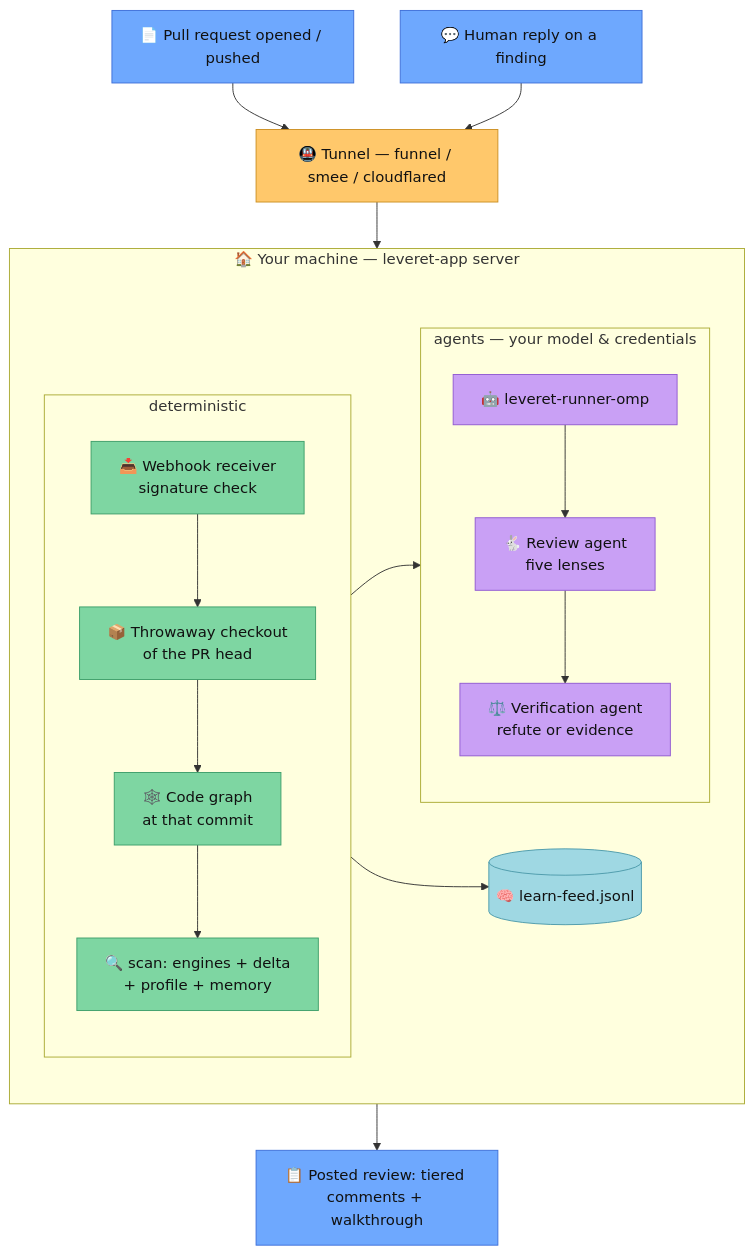
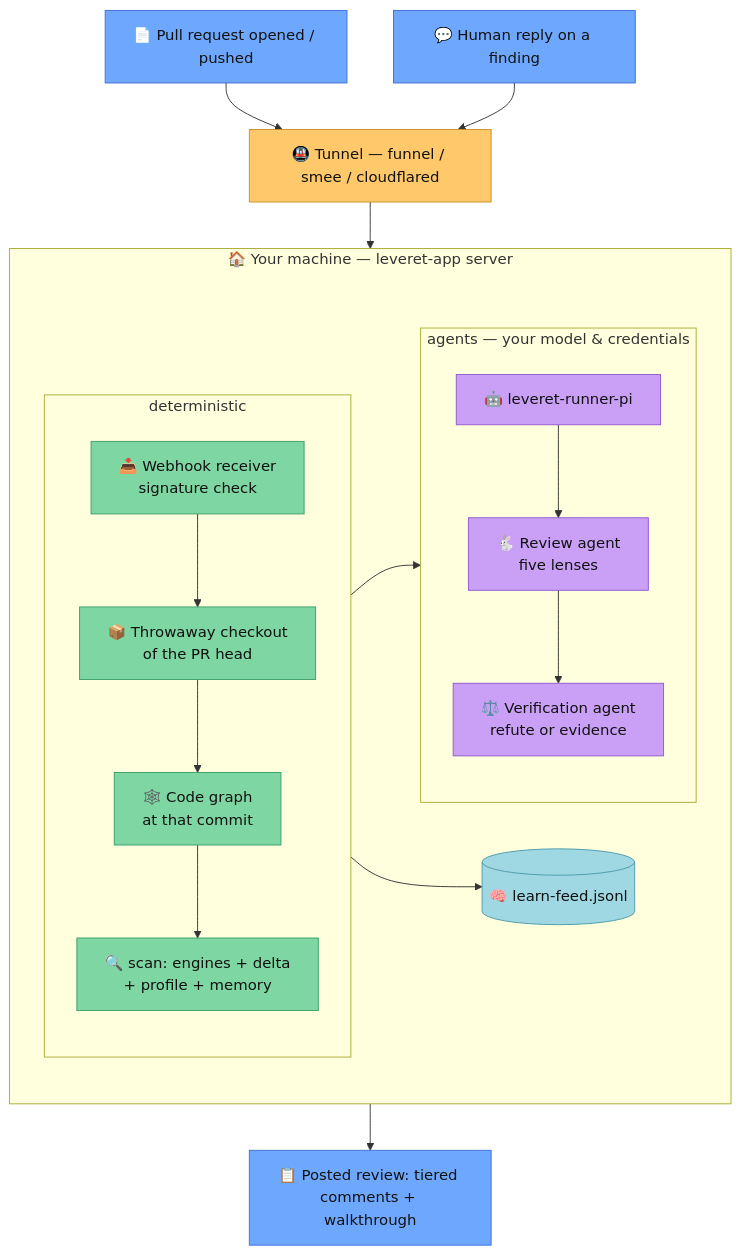
The diagram in docs/app.md (andrebrait/leveret), drawn with Mermaid before and after one commit. The commit also changed other lines of this file and 11 other files, not shown here.

First line of the commit message:
feat(runner): replace OMP with Pi client

````diff
--- a/docs/app.md
+++ b/docs/app.md
@@ -76,39 +92,39 @@
 ```mermaid
 flowchart TD
     PR["📄 Pull request opened / pushed"]:::gh
     T["🚇 Tunnel — funnel / smee / cloudflared"]:::tun
     REPLY["💬 Human reply on a finding"]:::gh
     REV["📋 Posted review: tiered comments + walkthrough"]:::gh
 
     subgraph your["🏠 Your machine — leveret-app server"]
         direction LR
         subgraph det["deterministic"]
             direction TB
             WH["📥 Webhook receiver<br>signature check"]:::core
             CO["📦 Throwaway checkout<br>of the PR head"]:::core
             CG["🕸️ Code graph<br>at that commit"]:::core
             SCAN["🔍 scan: engines + delta<br>+ profile + memory"]:::core
             WH --> CO --> CG --> SCAN
         end
         subgraph ag["agents — your model & credentials"]
             direction TB
-            RUN["🤖 leveret-runner-omp"]:::agent
+            RUN["🤖 leveret-runner-pi"]:::agent
             RA["🐇 Review agent<br>five lenses"]:::agent
             VA["⚖️ Verification agent<br>refute or evidence"]:::agent
             RUN --> RA --> VA
         end
         FEED[("🧠 learn-feed.jsonl")]:::store
         SCAN --> RUN
         WH --> FEED
     end
 
     PR --> T
     REPLY --> T
     T --> WH
     VA --> REV
     classDef gh fill:#6ea8fe,stroke:#3d6fd9,color:#111
     classDef tun fill:#ffc86b,stroke:#cc8f22,color:#111
     classDef core fill:#7ed6a2,stroke:#3d9e6a,color:#111
     classDef agent fill:#c9a0f5,stroke:#9059d1,color:#111
     classDef store fill:#9fd8e3,stroke:#4d9aab,color:#111
 ```
````
